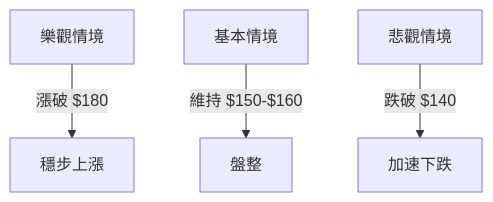
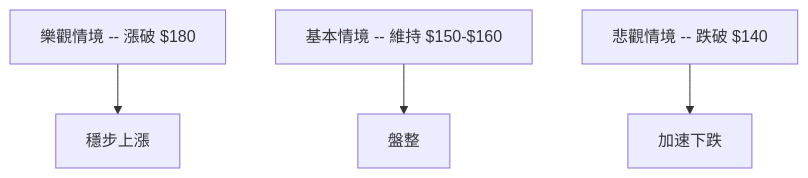
The ninth of 9 diagrams in ai_gen_report/stock/vst/technical_analysis_2026-04-08_openai.md (yennanliu/finance_data), drawn with Mermaid before and after one commit. The commit also changed other lines of this file and 2258 other files, not shown here.

First line of the commit message:
chore: backfill Mermaid syntax repair across existing reports

````diff
--- a/ai_gen_report/stock/vst/technical_analysis_2026-04-08_openai.md
+++ b/ai_gen_report/stock/vst/technical_analysis_2026-04-08_openai.md
@@ -376,6 +376,6 @@
 ```mermaid
 graph TD
-    樂觀情境 -- 漲破 $180 --> 穩步上漲
-    基本情境 -- 維持 $150-$160 --> 盤整
-    悲觀情境 -- 跌破 $140 --> 加速下跌
+    nb1["樂觀情境 -- 漲破 $180"] --> 穩步上漲
+    nb2["基本情境 -- 維持 $150-$160"] --> 盤整
+    nb3["悲觀情境 -- 跌破 $140"] --> 加速下跌
 ```
````
